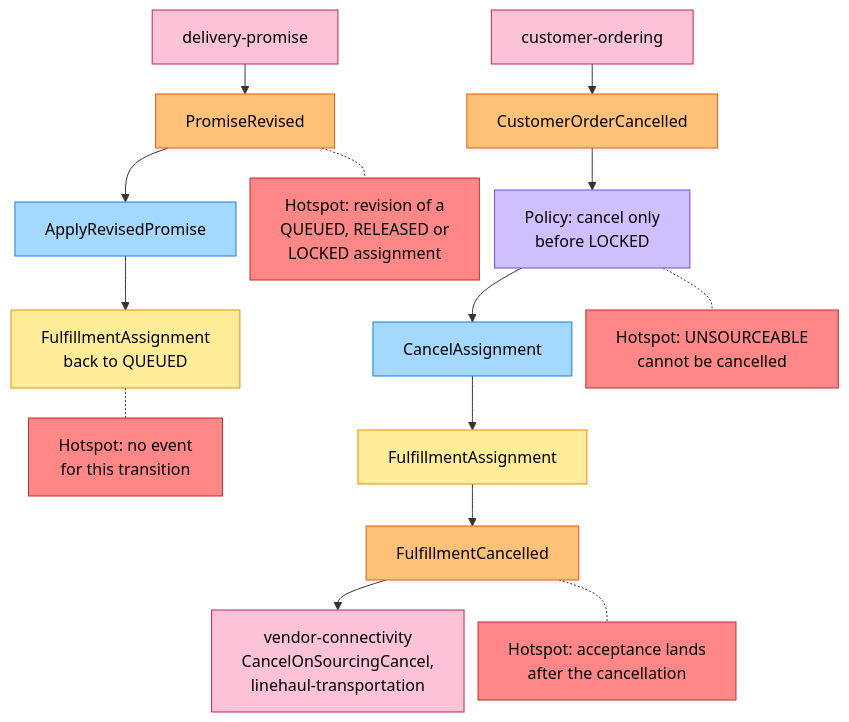
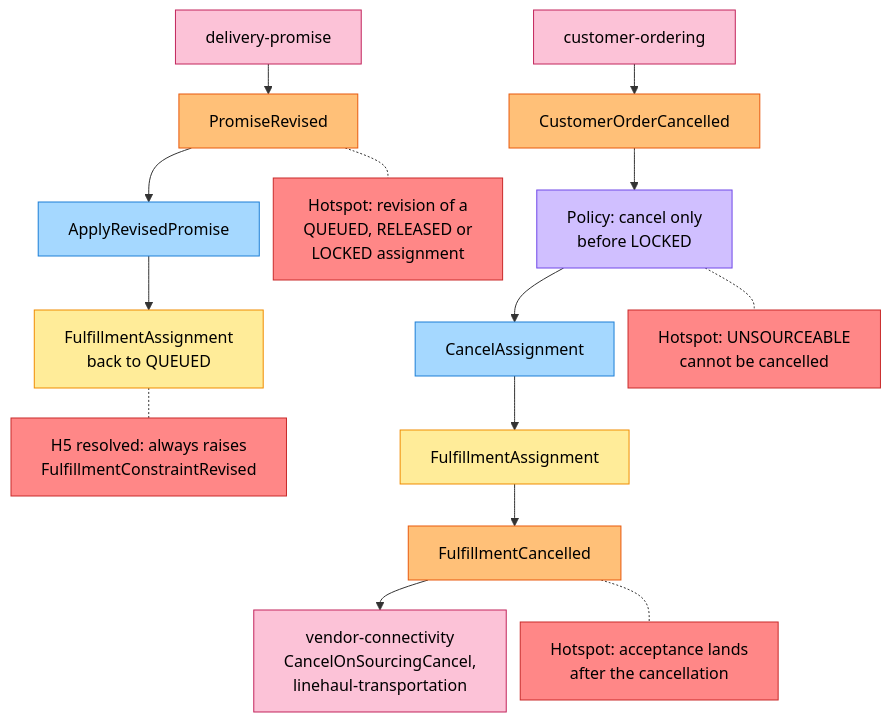
Before and after one commit to IQVO/warehouse-docs: the sixth of 7 diagrams in network/docs/contexts/order-sourcing/eventstorming.md, drawn with Mermaid. The commit also changed other lines of this file and 7 other files, not shown here.

Commit message:
docs(network): order-sourcing pack and model follow the repo (ApplyRevisedPromise in every state, FulfillmentConstraintRevised, not-found, illegal-transition)

````diff
--- a/network/docs/contexts/order-sourcing/eventstorming.md
+++ b/network/docs/contexts/order-sourcing/eventstorming.md
@@ -229,33 +229,33 @@
 ```mermaid
 %%{init: {"flowchart": {"nodeSpacing": 14, "rankSpacing": 30}}}%%
 flowchart TB
     classDef command fill:#a5d8ff,stroke:#1c7ed6,color:#000
     classDef aggregate fill:#ffec99,stroke:#f08c00,color:#000
     classDef event fill:#ffc078,stroke:#e8590c,color:#000
     classDef policy fill:#d0bfff,stroke:#7048e8,color:#000
     classDef readmodel fill:#b2f2bb,stroke:#2f9e44,color:#000
     classDef external fill:#fcc2d7,stroke:#c2255c,color:#000
     classDef hotspot fill:#ff8787,stroke:#c92a2a,color:#000
     classDef actor fill:#ffffff,stroke:#495057,color:#000
     DP["delivery-promise"]:::external
     E11["PromiseRevised"]:::event
     C6["ApplyRevisedPromise"]:::command
     A1["FulfillmentAssignment<br/>back to QUEUED"]:::aggregate
-    H5["Hotspot: no event<br/>for this transition"]:::hotspot
+    H5["H5 resolved: always raises<br/>FulfillmentConstraintRevised"]:::hotspot
     H9["Hotspot: revision of a<br/>QUEUED, RELEASED or<br/>LOCKED assignment"]:::hotspot
     CO["customer-ordering"]:::external
     E12["CustomerOrderCancelled"]:::event
     P7["Policy: cancel only<br/>before LOCKED"]:::policy
     C7["CancelAssignment"]:::command
     A2["FulfillmentAssignment"]:::aggregate
     E13["FulfillmentCancelled"]:::event
     OUT2["vendor-connectivity<br/>CancelOnSourcingCancel,<br/>linehaul-transportation"]:::external
     H6["Hotspot: UNSOURCEABLE<br/>cannot be cancelled"]:::hotspot
     H4["Hotspot: acceptance lands<br/>after the cancellation"]:::hotspot
     DP --> E11 --> C6 --> A1
     A1 -.- H5
     E11 -.- H9
     CO --> E12 --> P7 --> C7 --> A2 --> E13 --> OUT2
     P7 -.- H6
     E13 -.- H4
 ```
````
